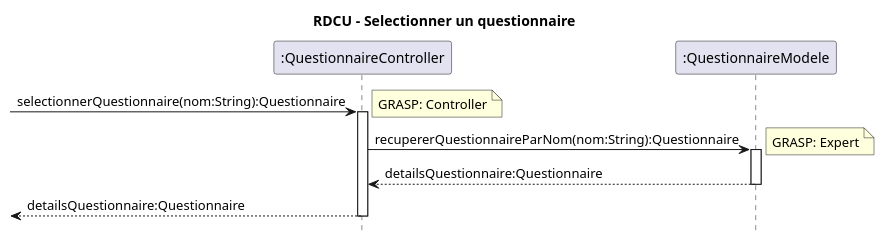
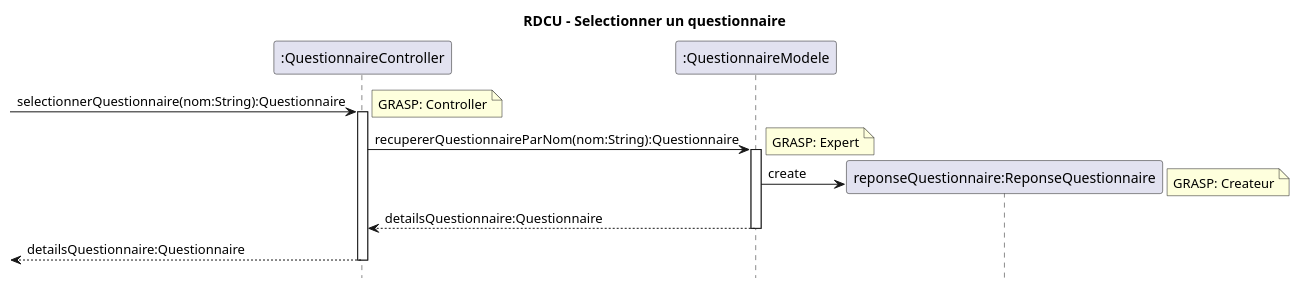
Before and after one commit to xMrYahya/moodle-clone: the diagram in docs/modeles/cu08/rdcu-selectionner-questionnaire.puml, drawn with PlantUML. The commit also changed 4 other files, not shown here.

Commit message:
Modification pour ajouter l'objet reponseQuestionnaire

```diff
--- a/docs/modeles/cu08/rdcu-selectionner-questionnaire.puml
+++ b/docs/modeles/cu08/rdcu-selectionner-questionnaire.puml
@@ -1,22 +1,26 @@
 @startuml
 hide footbox
 title RDCU - Selectionner un questionnaire
 
 participant ":QuestionnaireController" as controller
 participant ":QuestionnaireModele" as questionnaireModele
+participant "reponseQuestionnaire:ReponseQuestionnaire" as reponseQuestionnaire
 
 -> controller : selectionnerQuestionnaire(nom:String):Questionnaire
 note right: GRASP: Controller
 activate controller
 
 controller -> questionnaireModele : recupererQuestionnaireParNom(nom:String):Questionnaire
 note right: GRASP: Expert
 activate questionnaireModele
 
+questionnaireModele -> reponseQuestionnaire ** : create
+note right: GRASP: Createur
+
 questionnaireModele --> controller : detailsQuestionnaire:Questionnaire
 deactivate questionnaireModele
 
 <-- controller : detailsQuestionnaire:Questionnaire
 deactivate controller
 
 @enduml
```
